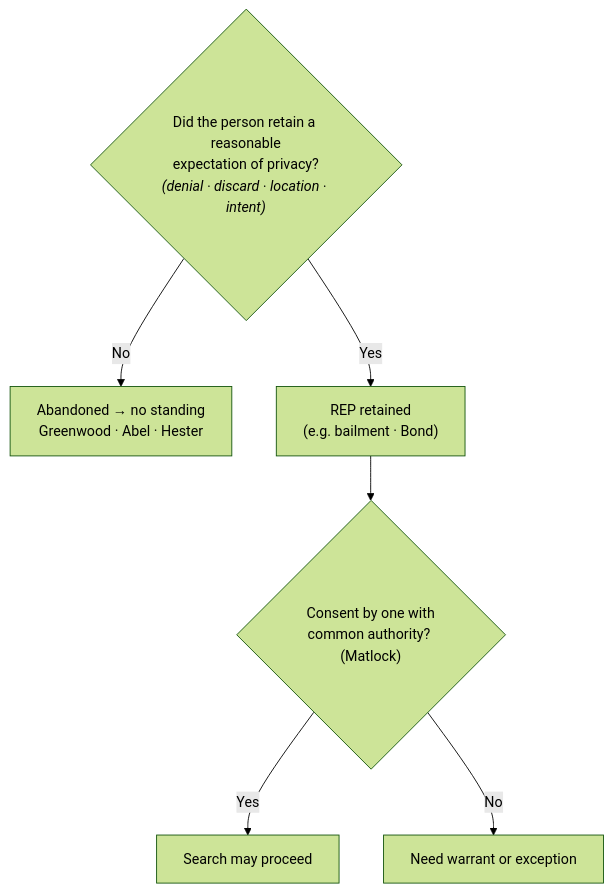
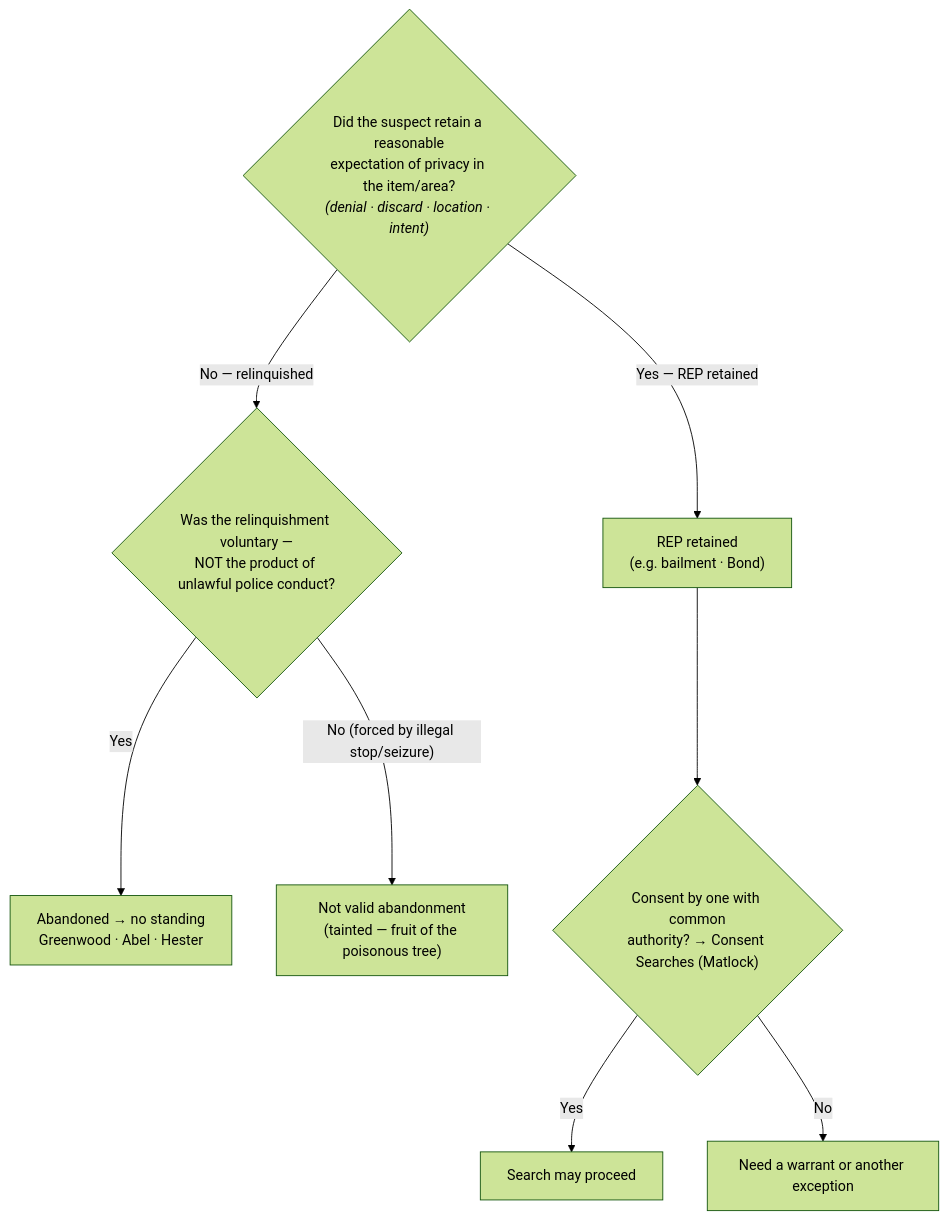
One commit to Enragedsaturday/cssi changed the diagram in content/3-what-is-a-search/Abandonment.md. Above: the diagram before and after it, drawn with Mermaid (forest theme). The commit also changed other lines of this file and 4 other files, not shown here.

````diff
--- a/content/3-what-is-a-search/Abandonment.md
+++ b/content/3-what-is-a-search/Abandonment.md
@@ -58,9 +80,11 @@
 ```mermaid
 flowchart TD
-  Q{"Did the person retain a reasonable<br/>expectation of privacy?<br/><i>(denial · discard · location · intent)</i>"}
-  Q -->|No| AB["Abandoned → no standing<br/>Greenwood · Abel · Hester"]
-  Q -->|Yes| BAIL["REP retained<br/>(e.g. bailment · Bond)"]
-  BAIL --> C{"Consent by one with<br/>common authority? (Matlock)"}
+  Q{"Did the suspect retain a reasonable<br/>expectation of privacy in the item/area?<br/><i>(denial · discard · location · intent)</i>"}
+  Q -->|"No — relinquished"| V{"Was the relinquishment voluntary —<br/>NOT the product of unlawful police conduct?"}
+  V -->|Yes| AB["Abandoned → no standing<br/>Greenwood · Abel · Hester"]
+  V -->|"No (forced by illegal stop/seizure)"| TAINT["Not valid abandonment<br/>(tainted — fruit of the poisonous tree)"]
+  Q -->|"Yes — REP retained"| BAIL["REP retained<br/>(e.g. bailment · Bond)"]
+  BAIL --> C{"Consent by one with common<br/>authority? → Consent Searches (Matlock)"}
   C -->|Yes| OK["Search may proceed"]
-  C -->|No| WAR["Need warrant or exception"]
+  C -->|No| WAR["Need a warrant or another exception"]
 ```
````
